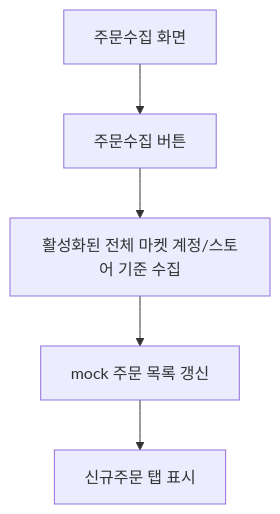
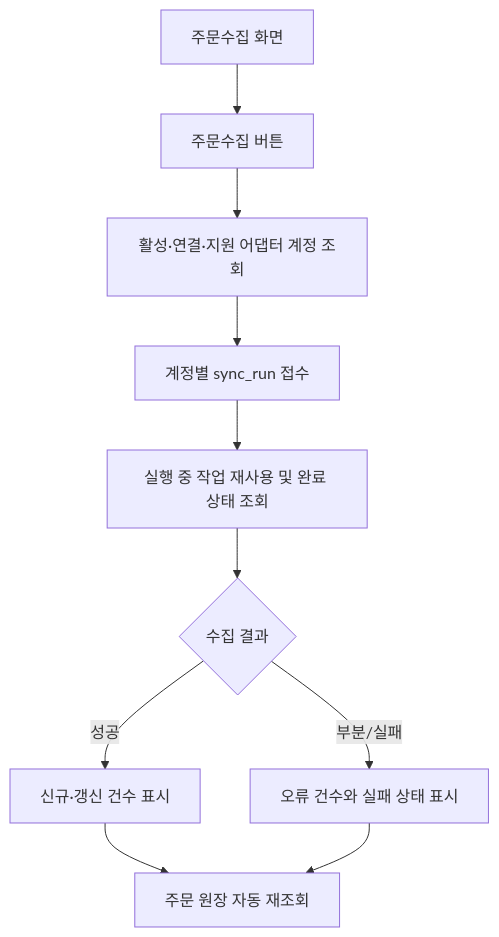
Before and after one commit to moonceo/Jmpp: the second of 5 diagrams in docs/08_유저플로우/02_마켓연동_및_주문수집_유저플로우.md, drawn with Mermaid. The commit also changed other lines of this file and 245 other files, not shown here.

````diff
--- a/docs/08_유저플로우/02_마켓연동_및_주문수집_유저플로우.md
+++ b/docs/08_유저플로우/02_마켓연동_및_주문수집_유저플로우.md
@@ -47,7 +47,12 @@
 ```mermaid
 flowchart TD
     A["주문수집 화면"] --> B["주문수집 버튼"]
-    B --> C["활성화된 전체 마켓 계정/스토어 기준 수집"]
-    C --> D["mock 주문 목록 갱신"]
-    D --> E["신규주문 탭 표시"]
+    B --> C["활성·연결·지원 어댑터 계정 조회"]
+    C --> D["계정별 sync_run 접수"]
+    D --> E["실행 중 작업 재사용 및 완료 상태 조회"]
+    E --> F{"수집 결과"}
+    F -->|"성공"| G["신규·갱신 건수 표시"]
+    F -->|"부분/실패"| H["오류 건수와 실패 상태 표시"]
+    G --> I["주문 원장 자동 재조회"]
+    H --> I
 ```
````
